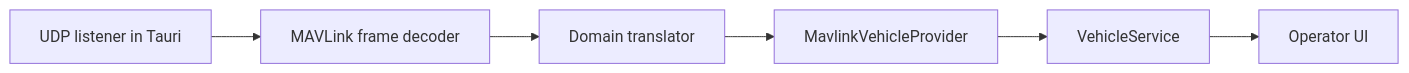
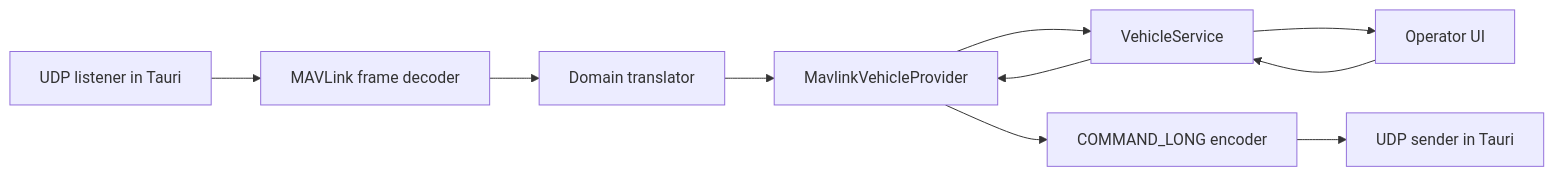
Before and after one commit to SparshSunilNaik/Polaris-ground: the diagram in docs/architecture/MAVLINK_READONLY_TRANSPORT.md, drawn with Mermaid. The commit also changed other lines of this file and 21 other files, not shown here.

````diff
--- a/docs/architecture/MAVLINK_READONLY_TRANSPORT.md
+++ b/docs/architecture/MAVLINK_READONLY_TRANSPORT.md
@@ -3,8 +3,12 @@
 ```mermaid
 flowchart LR
   Udp[UDP listener in Tauri] --> Frame[MAVLink frame decoder]
   Frame --> Translator[Domain translator]
   Translator --> Provider[MavlinkVehicleProvider]
   Provider --> Service[VehicleService]
   Service --> UI[Operator UI]
+  UI --> Service
+  Service --> Provider
+  Provider --> Encoder[COMMAND_LONG encoder]
+  Encoder --> Sender[UDP sender in Tauri]
 ```
````
